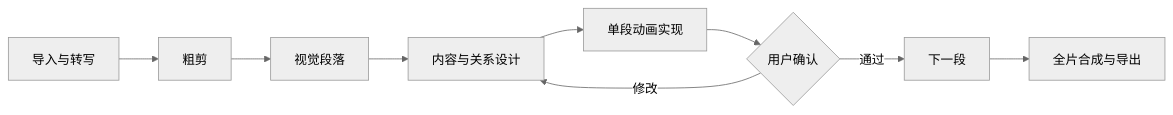
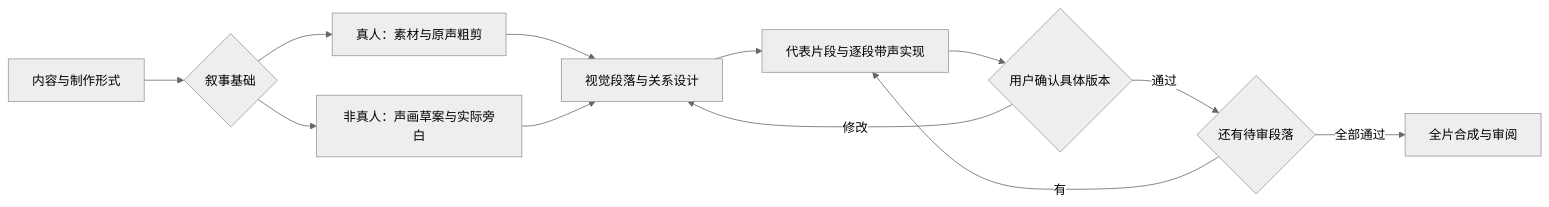
Before and after one commit to zhangyuyao-zx/codex-cut: the first of 2 diagrams in README.md, drawn with Mermaid (neutral theme). The commit also changed other lines of this file and 4 other files, not shown here.

````diff
--- a/README.md
+++ b/README.md
@@ -136,11 +138,14 @@
 ```mermaid
 flowchart LR
-    A[导入与转写] --> B[粗剪]
-    B --> C[视觉段落]
-    C --> D[内容与关系设计]
-    D --> E[单段动画实现]
-    E --> F{用户确认}
-    F -- 修改 --> D
-    F -- 通过 --> G[下一段]
-    G --> H[全片合成与导出]
+    A[内容与制作形式] --> B{叙事基础}
+    B --> C[真人：素材与原声粗剪]
+    B --> D[非真人：声画草案与实际旁白]
+    C --> E[视觉段落与关系设计]
+    D --> E
+    E --> F[代表片段与逐段带声实现]
+    F --> G{用户确认具体版本}
+    G -- 修改 --> E
+    G -- 通过 --> H{还有待审段落}
+    H -- 有 --> F
+    H -- 全部通过 --> I[全片合成与审阅]
 ```
````
